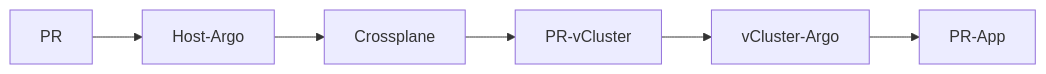
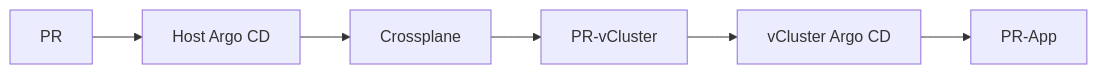
One commit to loft-demos/vcluster-platform-demo-app-template changed the diagram in vcluster-use-cases/argocd-vcluster-pull-request-environments/internal/README.md. Above: the diagram before and after it, drawn with Mermaid. The commit also changed 19 other files, not shown here.

Commit message:
normalized the wording across the repo’s docs, comments, and display strings so plain Argo now reads Argo CD, and exact vClusters references now read vCluster instances

````diff
--- a/vcluster-use-cases/argocd-vcluster-pull-request-environments/internal/README.md
+++ b/vcluster-use-cases/argocd-vcluster-pull-request-environments/internal/README.md
@@ -38,8 +38,8 @@
 ```mermaid
 flowchart LR
-    PR-->Host-Argo;
-    Host-Argo-->Crossplane;
+    PR-->HostArgoCD[Host Argo CD];
+    HostArgoCD-->Crossplane;
     Crossplane-->PR-vCluster;
-    PR-vCluster-->vCluster-Argo;
-    vCluster-Argo-->PR-App;
+    PR-vCluster-->vClusterArgoCD[vCluster Argo CD];
+    vClusterArgoCD-->PR-App;
 ```
````
